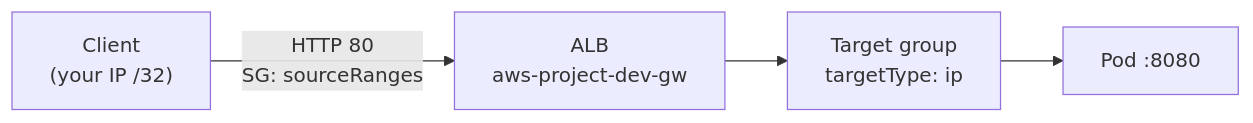
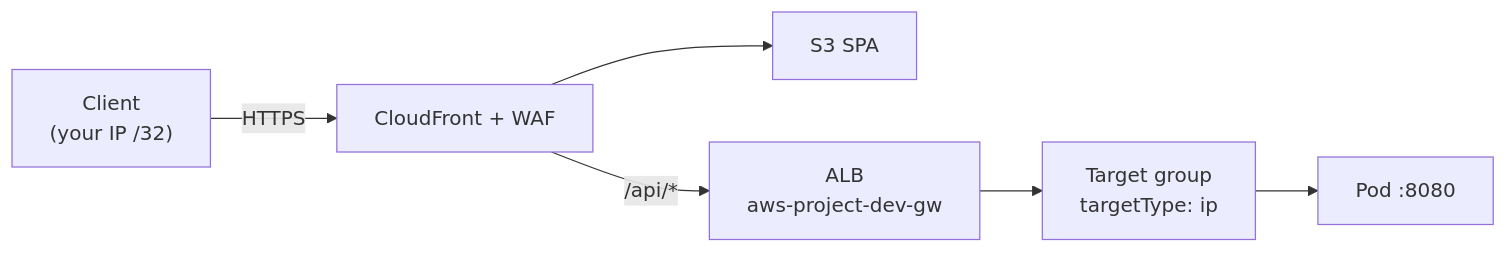
One commit to evyatare92/aws-project changed the second of 2 diagrams in docs/architecture/network-and-routing.md. Above: the diagram before and after it, drawn with Mermaid. The commit also changed other lines of this file and 9 other files, not shown here.

````diff
--- a/docs/architecture/network-and-routing.md
+++ b/docs/architecture/network-and-routing.md
@@ -122,10 +122,14 @@
 ```mermaid
 flowchart LR
   User["Client\n(your IP /32)"]
+  CF["CloudFront + WAF"]
+  S3["S3 SPA"]
   ALB["ALB\naws-project-dev-gw"]
   TG["Target group\ntargetType: ip"]
   Pod["Pod :8080"]
 
-  User -->|"HTTP 80\nSG: sourceRanges"| ALB
+  User -->|"HTTPS"| CF
+  CF --> S3
+  CF -->|"/api/*"| ALB
   ALB --> TG --> Pod
 ```
````
